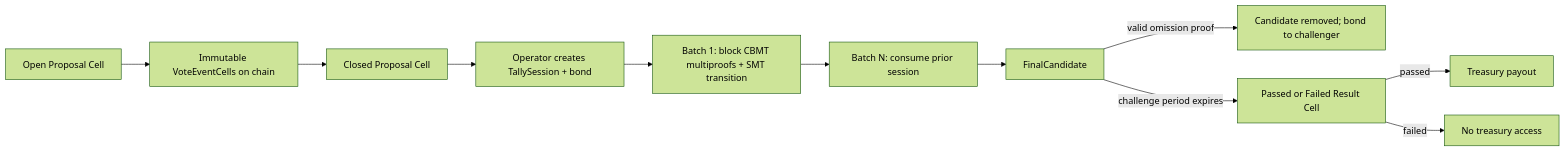
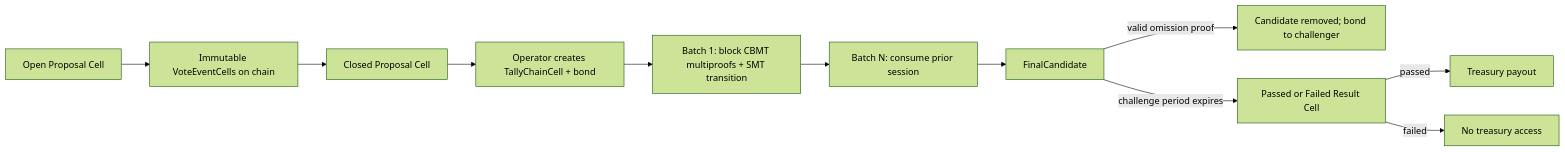
One commit to chenyukang/ckb-treasury-lab changed the first of 3 diagrams in docs/on-chain-voting-with-batch-settlement.md. Above: the diagram before and after it, drawn with Mermaid (forest theme). The commit also changed other lines of this file and 10 other files, not shown here.

````diff
--- a/docs/on-chain-voting-with-batch-settlement.md
+++ b/docs/on-chain-voting-with-batch-settlement.md
@@ -12,13 +12,13 @@
 ```mermaid
 flowchart LR
     P["Open Proposal Cell"] --> V["Immutable VoteEventCells on chain"]
     V --> C["Closed Proposal Cell"]
-    C --> S["Operator creates TallySession + bond"]
+    C --> S["Operator creates TallyChainCell + bond"]
     S --> B1["Batch 1: block CBMT multiproofs + SMT transition"]
     B1 --> BN["Batch N: consume prior session"]
     BN --> F["FinalCandidate"]
     F -->|"valid omission proof"| X["Candidate removed; bond to challenger"]
     F -->|"challenge period expires"| R["Passed or Failed Result Cell"]
     R -->|"passed"| T["Treasury payout"]
     R -->|"failed"| Z["No treasury access"]
 ```
````
